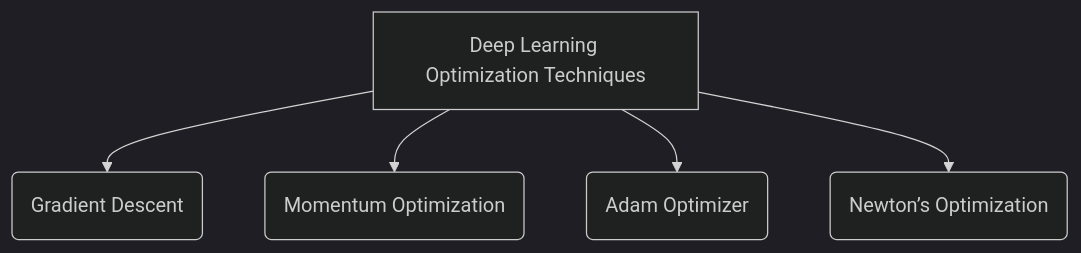
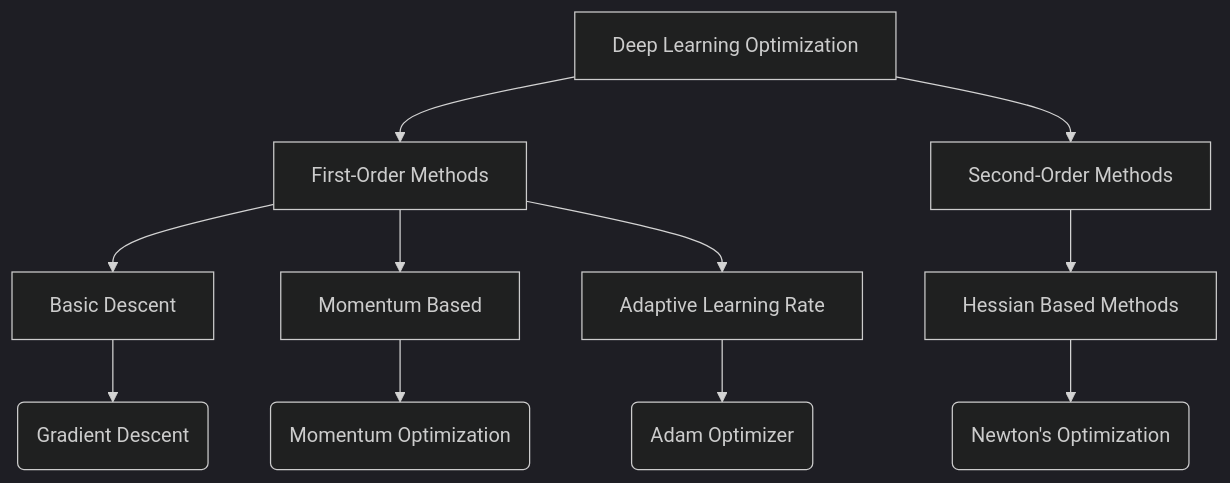
The diagram in Foundations/Optimization/README.md (MohsenSafari83/hands-on-in-Deep-Learning), drawn with Mermaid (dark theme) before and after one commit.

````diff
--- a/Foundations/Optimization/README.md
+++ b/Foundations/Optimization/README.md
@@ -1,7 +1,24 @@
 ```Mermaid
-  graph TD
-    A[Deep Learning Optimization Techniques] --> B(Gradient Descent)
-    A --> C(Momentum Optimization)
-    A --> D(Adam Optimizer)
-    A --> E(Newton’s Optimization)
+graph TD
+    OPT[Deep Learning Optimization]
+
+    %% Main Categories (Branching from OPT)
+    FO[First-Order Methods]
+    SO[Second-Order Methods]
+    OPT --> FO
+    OPT --> SO
+
+    %% First-Order Sub-Categories
+    FO --> FO1[Basic Descent]
+    FO --> FO2[Momentum Based]
+    FO --> FO3[Adaptive Learning Rate]
+
+    %% Specific First-Order Techniques
+    FO1 --> T1(Gradient Descent)
+    FO2 --> T2(Momentum Optimization)
+    FO3 --> T3(Adam Optimizer)
+
+    %% Second-Order Techniques
+    SO --> SO1[Hessian Based Methods]
+    SO1 --> T4(Newton's Optimization)
 ```
````
